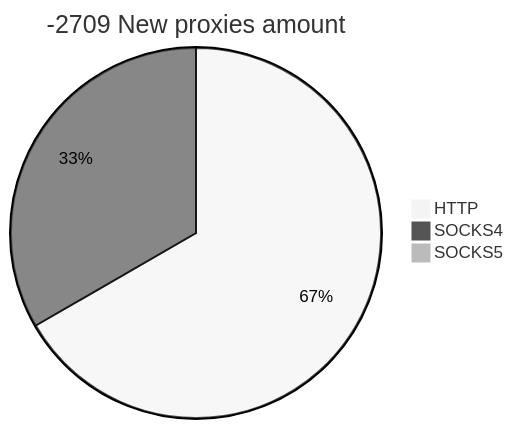
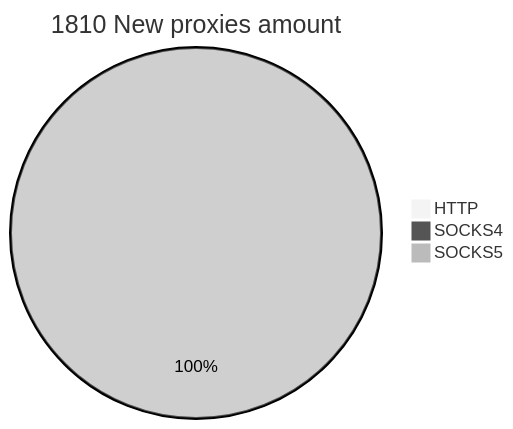
The second of 2 diagrams in README.md (cutipu/proxylist), drawn with Mermaid (neutral theme) before and after one commit. The commit also changed other lines of this file, not shown here.

````diff
--- a/README.md
+++ b/README.md
@@ -10,6 +10,6 @@
 ```mermaid
-pie title -2709 New proxies amount
-    "HTTP" : 2
-    "SOCKS4" : 1
-    "SOCKS5" : 0
+pie title 1810 New proxies amount
+    "HTTP" : 0
+    "SOCKS4" : 0
+    "SOCKS5" : 2598
 ```
````
